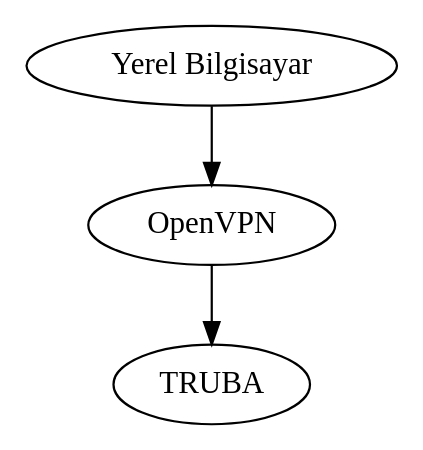
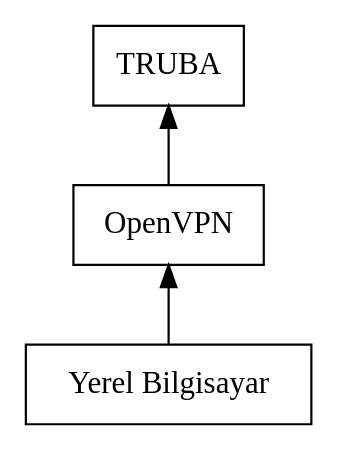
The second of 2 diagrams in 00-setup/02-truba.qmd (emrahkirdok/bioinformatics), drawn with Graphviz before and after one commit. The commit also changed other lines of this file, not shown here.

````diff
--- a/00-setup/02-truba.qmd
+++ b/00-setup/02-truba.qmd
@@ -21,5 +30,7 @@
 ```{dot}
 digraph g{
-"Yerel Bilgisayar" -> "OpenVPN" -> "TRUBA";
+    rankdir = "BT";
+    node [shape = "rect"];
+    "Yerel Bilgisayar" -> "OpenVPN" -> "TRUBA";
 }
 ```
````
